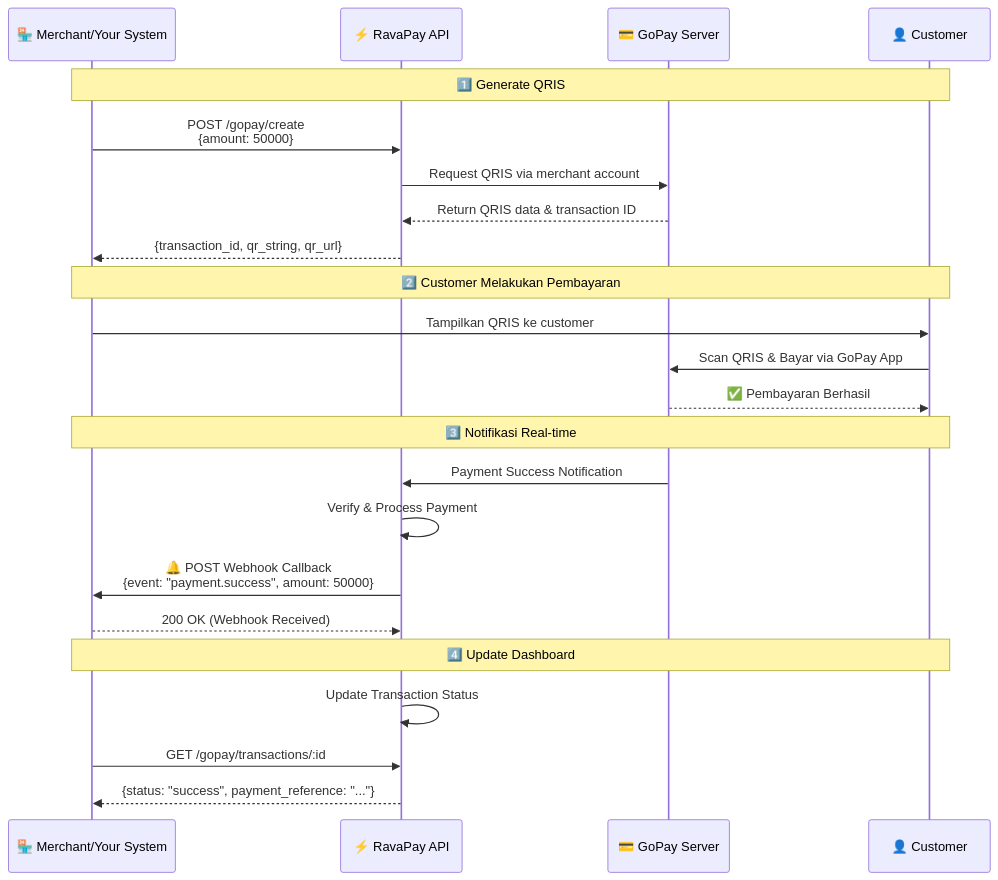
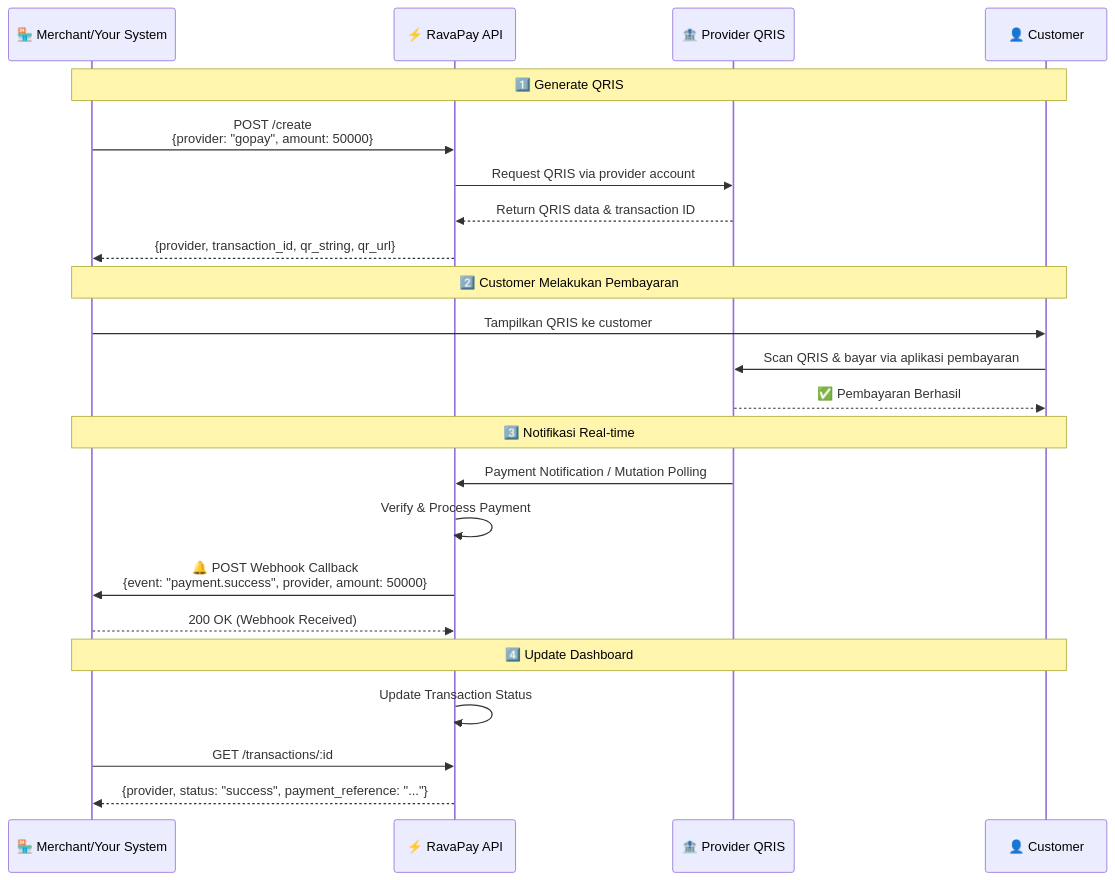
Before and after one commit to ravatz/RavaPay: the first of 2 diagrams in README.md, drawn with Mermaid. The commit also changed other lines of this file, not shown here.

Commit message:
docs: update README for provider API

````diff
--- a/README.md
+++ b/README.md
@@ -56,29 +56,29 @@
 ```mermaid
 sequenceDiagram
     participant Merchant as 🏪 Merchant/Your System
     participant RavaPay as ⚡ RavaPay API
-    participant GoPay as 💳 GoPay Server
+    participant Provider as 🏦 Provider QRIS
     participant Customer as 👤 Customer
 
     Note over Merchant,Customer: 1️⃣ Generate QRIS
-    Merchant->>RavaPay: POST /gopay/create<br/>{amount: 50000}
-    RavaPay->>GoPay: Request QRIS via merchant account
-    GoPay-->>RavaPay: Return QRIS data & transaction ID
-    RavaPay-->>Merchant: {transaction_id, qr_string, qr_url}
+    Merchant->>RavaPay: POST /create<br/>{provider: "gopay", amount: 50000}
+    RavaPay->>Provider: Request QRIS via provider account
+    Provider-->>RavaPay: Return QRIS data & transaction ID
+    RavaPay-->>Merchant: {provider, transaction_id, qr_string, qr_url}
 
     Note over Merchant,Customer: 2️⃣ Customer Melakukan Pembayaran
     Merchant->>Customer: Tampilkan QRIS ke customer
-    Customer->>GoPay: Scan QRIS & Bayar via GoPay App
-    GoPay-->>Customer: ✅ Pembayaran Berhasil
+    Customer->>Provider: Scan QRIS & bayar via aplikasi pembayaran
+    Provider-->>Customer: ✅ Pembayaran Berhasil
 
     Note over Merchant,Customer: 3️⃣ Notifikasi Real-time
-    GoPay->>RavaPay: Payment Success Notification
+    Provider->>RavaPay: Payment Notification / Mutation Polling
     RavaPay->>RavaPay: Verify & Process Payment
-    RavaPay->>Merchant: 🔔 POST Webhook Callback<br/>{event: "payment.success", amount: 50000}
+    RavaPay->>Merchant: 🔔 POST Webhook Callback<br/>{event: "payment.success", provider, amount: 50000}
     Merchant-->>RavaPay: 200 OK (Webhook Received)
 
     Note over Merchant,Customer: 4️⃣ Update Dashboard
     RavaPay->>RavaPay: Update Transaction Status
-    Merchant->>RavaPay: GET /gopay/transactions/:id
-    RavaPay-->>Merchant: {status: "success", payment_reference: "..."}
+    Merchant->>RavaPay: GET /transactions/:id
+    RavaPay-->>Merchant: {provider, status: "success", payment_reference: "..."}
 ```
````
